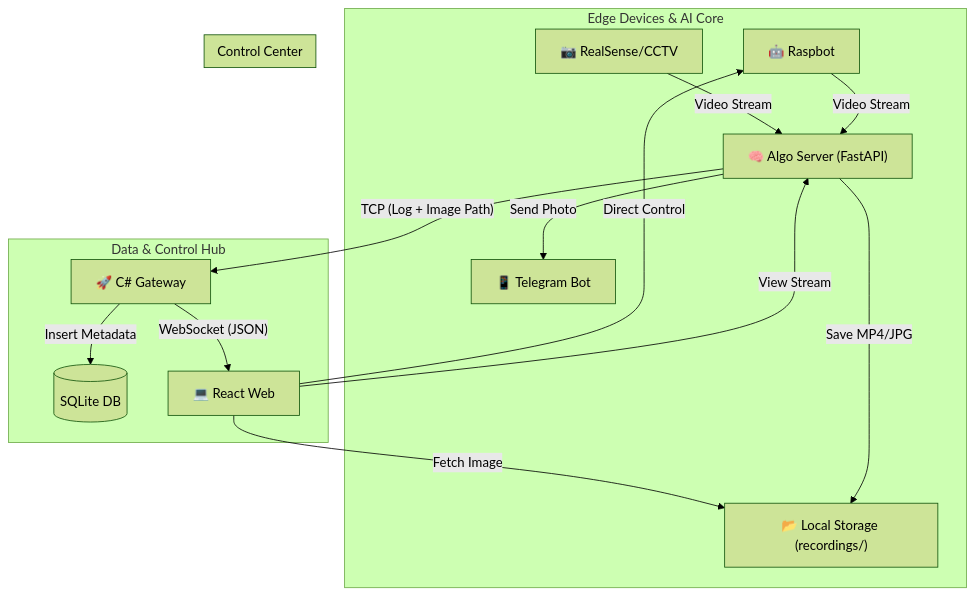
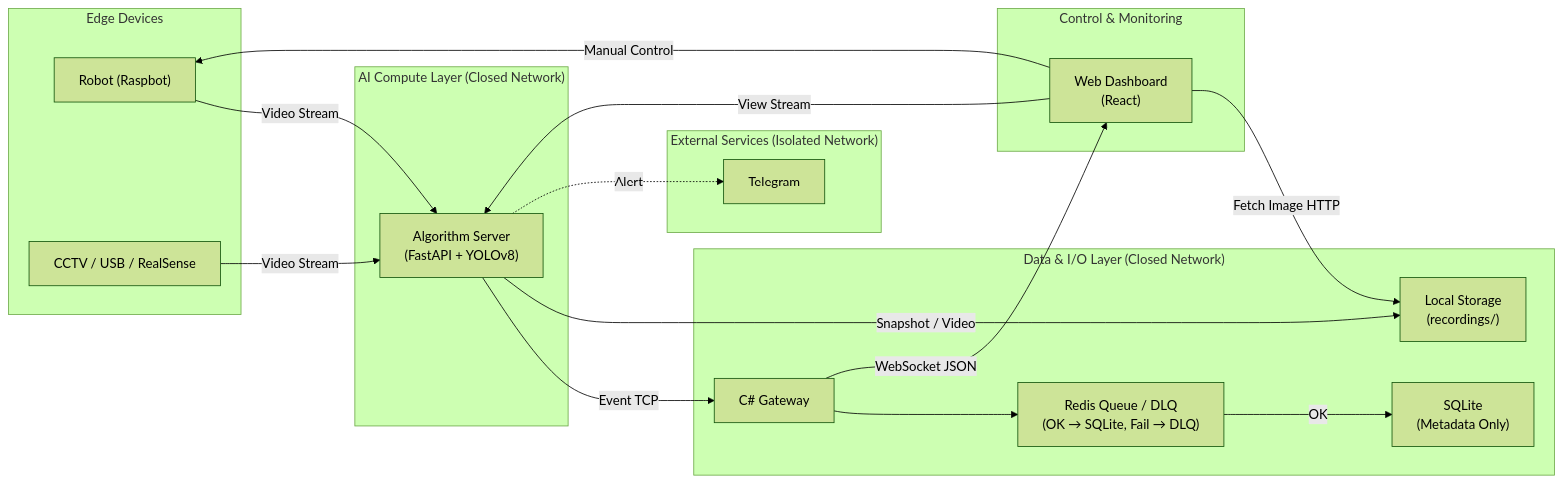
One commit to thisNorm/lab-guardian changed the diagram in README.md. Above: the diagram before and after it, drawn with Mermaid (forest theme). The commit also changed other lines of this file, not shown here.

Commit message:
Revise project overview and features in README
Updated project overview and key features in README.md to reflect system capabilities and architecture.

````diff
--- a/README.md
+++ b/README.md
@@ -43,22 +51,55 @@
 ```mermaid
-graph TD
-    subgraph "Edge Devices & AI Core"
-        A["🤖 Raspbot"] -- "Video Stream" --> C
-        B["📷 RealSense/CCTV"] -- "Video Stream" --> C
-        C["🧠 Algo Server (FastAPI)"]
-        C -- "Save MP4/JPG" --> S["📂 Local Storage (recordings/)"]
-        C -- "Send Photo" --> T["📱 Telegram Bot"]
-    end
+graph LR
+  %% =========================
+  %% Layers
+  %% =========================
+  subgraph EDGE["Edge Devices"]
+    R["Robot (Raspbot)"]
+    CAM["CCTV / USB / RealSense"]
+  end
 
-    subgraph "Data & Control Hub"
-        C -- "TCP (Log + Image Path)" --> G["🚀 C# Gateway"]
-        G -- "Insert Metadata" --> DB[("SQLite DB")]
-        G -- "WebSocket (JSON)" --> F
-    end
+  subgraph AI["AI Compute Layer (Closed Network)"]
+    A["Algorithm Server\n(FastAPI + YOLOv8)"]
+  end
 
-    subgraph "Control Center"
-        F["💻 React Web"] -- "View Stream" --> C
-        F -- "Fetch Image" --> S
-        F -- "Direct Control" --> A
-    end
+  subgraph DATA["Data & I/O Layer (Closed Network)"]
+    G["C# Gateway"]
+    Q["Redis Queue / DLQ\n(OK → SQLite, Fail → DLQ)"]
+    DB["SQLite\n(Metadata Only)"]
+    S["Local Storage\n(recordings/)"]
+  end
+
+  subgraph UI["Control & Monitoring"]
+    W["Web Dashboard\n(React)"]
+  end
+
+  subgraph EXT["External Services (Isolated Network)"]
+    T["Telegram"]
+  end
+
+  %% =========================
+  %% Data Flows (thick line style via Mermaid class)
+  %% =========================
+  R -->|Video Stream| A
+  CAM -->|Video Stream| A
+
+  A -->|Event TCP| G
+  A -->|Snapshot / Video| S
+
+  G --> Q
+  Q -->|OK| DB
+
+  G -->|WebSocket JSON| W
+
+  %% =========================
+  %% Control / Request Flows
+  %% =========================
+  W -->|View Stream| A
+  W -->|Manual Control| R
+  W -->|Fetch Image HTTP| S
+
+  %% =========================
+  %% External (dashed)
+  %% =========================
+  A -.->|Alert| T
 ```
````
